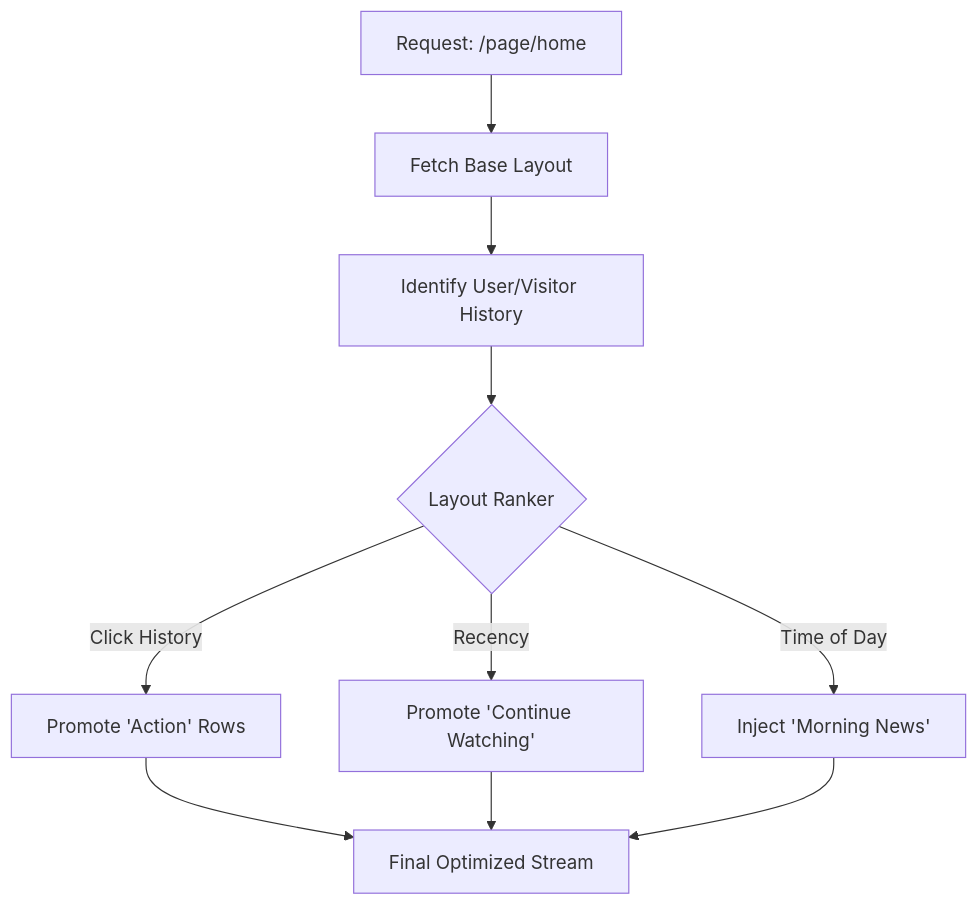
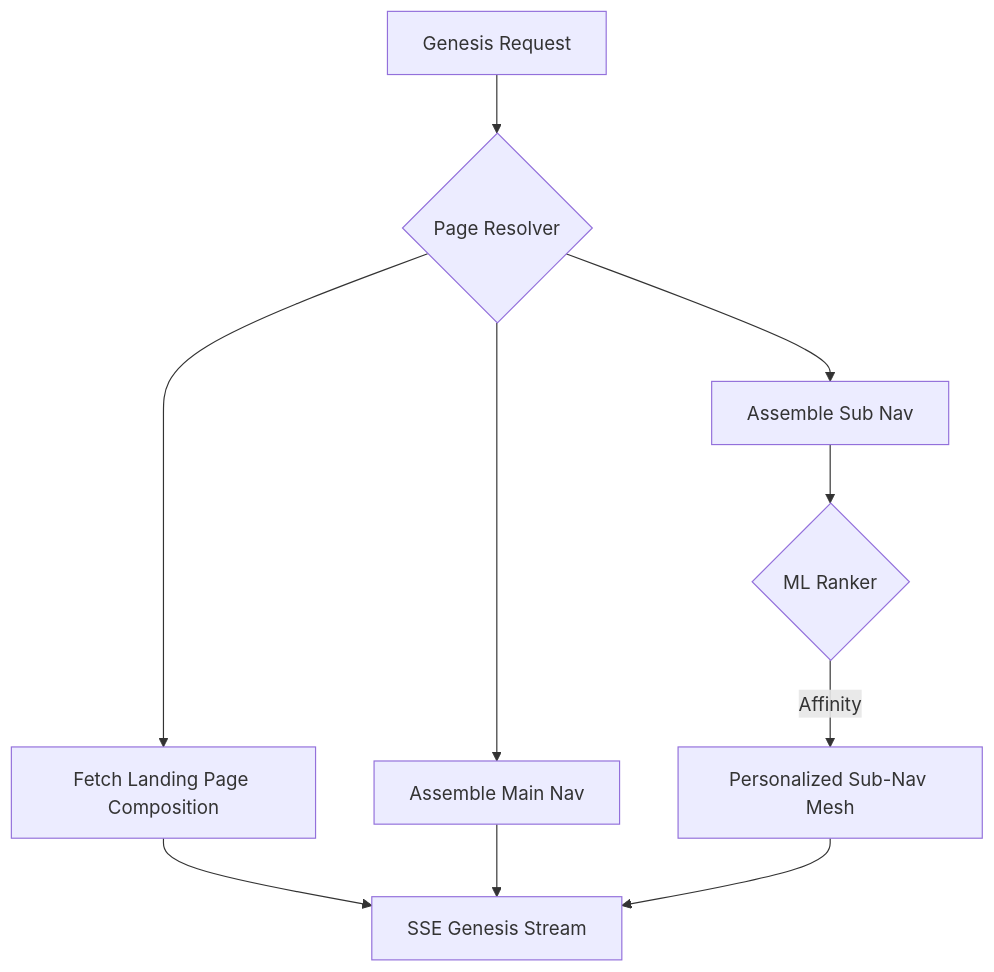
The diagram in docs/architecture/PAGES.md (adiozdaniel/bongas-ai), drawn with Mermaid before and after one commit. The commit also changed other lines of this file and 5 other files, not shown here.

````diff
--- a/docs/architecture/PAGES.md
+++ b/docs/architecture/PAGES.md
@@ -46,10 +30,10 @@
 ```mermaid
 graph TD
-    A[Request: /page/home] --> B[Fetch Base Layout]
-    B --> C[Identify User/Visitor History]
-    C --> D{Layout Ranker}
-    D -->|Click History| E[Promote 'Action' Rows]
-    D -->|Recency| F[Promote 'Continue Watching']
-    D -->|Time of Day| G[Inject 'Morning News']
-    E & F & G --> H[Final Optimized Stream]
+    A[Genesis Request] --> B{Page Resolver}
+    B --> C[Fetch Landing Page Composition]
+    B --> D[Assemble Main Nav]
+    B --> E[Assemble Sub Nav]
+    E --> F{ML Ranker}
+    F -->|Affinity| G[Personalized Sub-Nav Mesh]
+    C & D & G --> H[SSE Genesis Stream]
 ```
````
